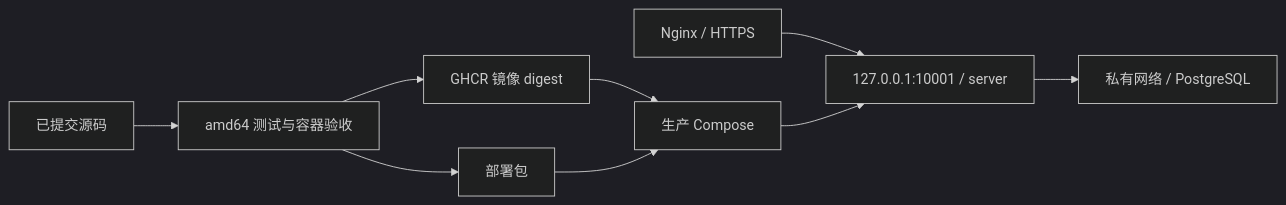
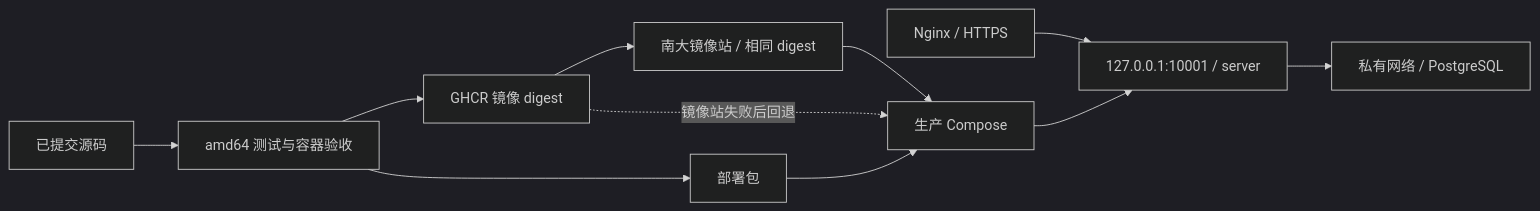
One commit to tctony-labs/xiaowei changed the diagram in server/docs/deployment.md. Above: the diagram before and after it, drawn with Mermaid (dark theme). The commit also changed other lines of this file and 7 other files, not shown here.

````diff
--- a/server/docs/deployment.md
+++ b/server/docs/deployment.md
@@ -19,11 +19,13 @@
 ```mermaid
 flowchart LR
     Source["已提交源码"] --> Test["amd64 测试与容器验收"]
     Test --> Image["GHCR 镜像 digest"]
     Test --> Bundle["部署包"]
-    Image --> Compose["生产 Compose"]
+    Image --> Mirror["南大镜像站 / 相同 digest"]
+    Mirror --> Compose["生产 Compose"]
+    Image -. 镜像站失败后回退 .-> Compose
     Bundle --> Compose
     HTTPS["Nginx / HTTPS"] --> Server["127.0.0.1:10001 / server"]
     Compose --> Server
     Server --> DB["私有网络 / PostgreSQL"]
 ```
````
